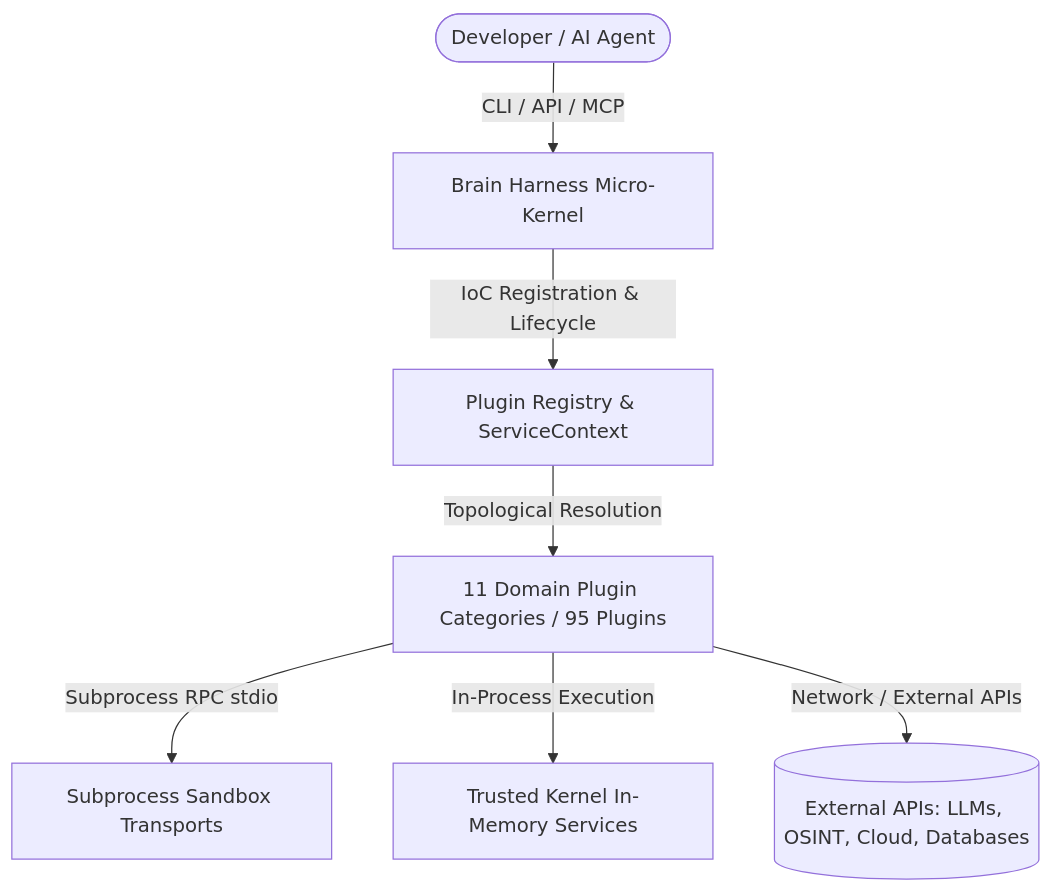
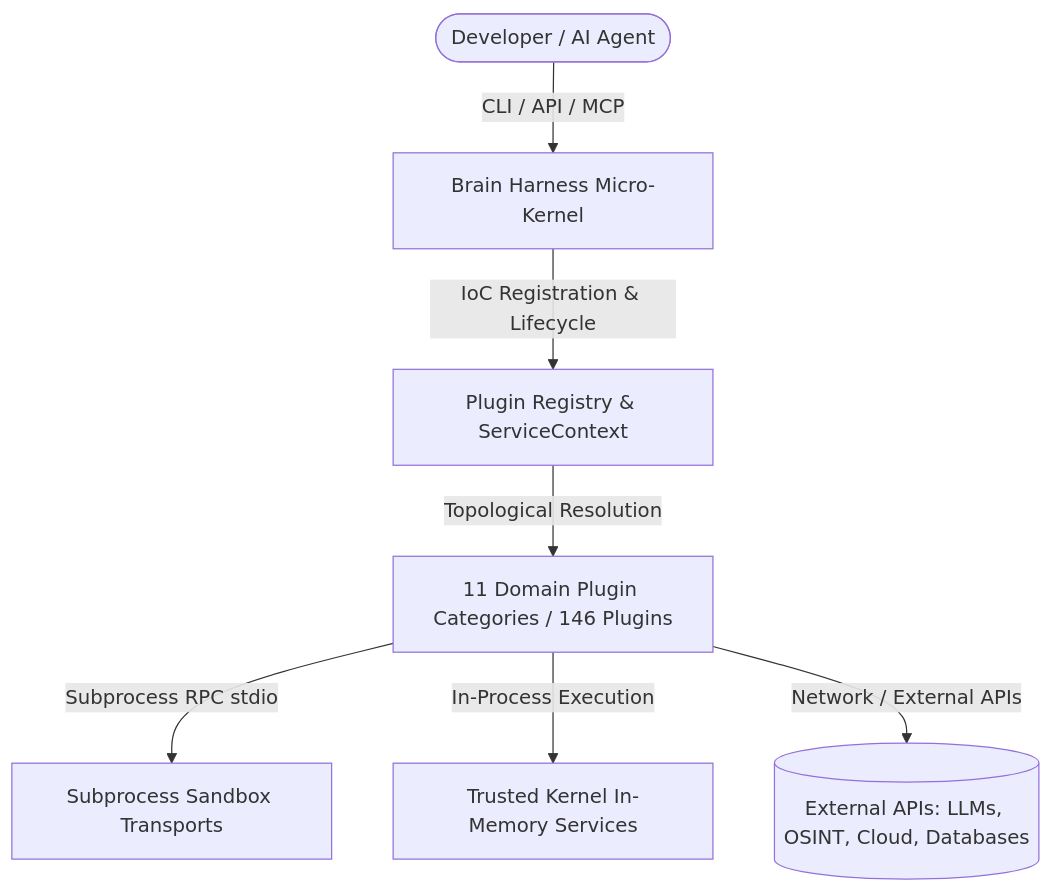
The first of 2 diagrams in plugins/README.md (SpectreDeath/Brain-Harness), drawn with Mermaid before and after one commit. The commit also changed other lines of this file and 10 other files, not shown here.

````diff
--- a/plugins/README.md
+++ b/plugins/README.md
@@ -11,9 +11,9 @@
 ```mermaid
 flowchart TD
     User([Developer / AI Agent]) -->|CLI / API / MCP| Kernel[Brain Harness Micro-Kernel]
     Kernel -->|IoC Registration & Lifecycle| Registry[Plugin Registry & ServiceContext]
-    Registry -->|Topological Resolution| Plugins[11 Domain Plugin Categories / 95 Plugins]
+    Registry -->|Topological Resolution| Plugins[11 Domain Plugin Categories / 146 Plugins]
     Plugins -->|Subprocess RPC stdio| Sandbox[Subprocess Sandbox Transports]
     Plugins -->|In-Process Execution| CoreServices[Trusted Kernel In-Memory Services]
     Plugins -->|Network / External APIs| External[(External APIs: LLMs, OSINT, Cloud, Databases)]
 ```
````
